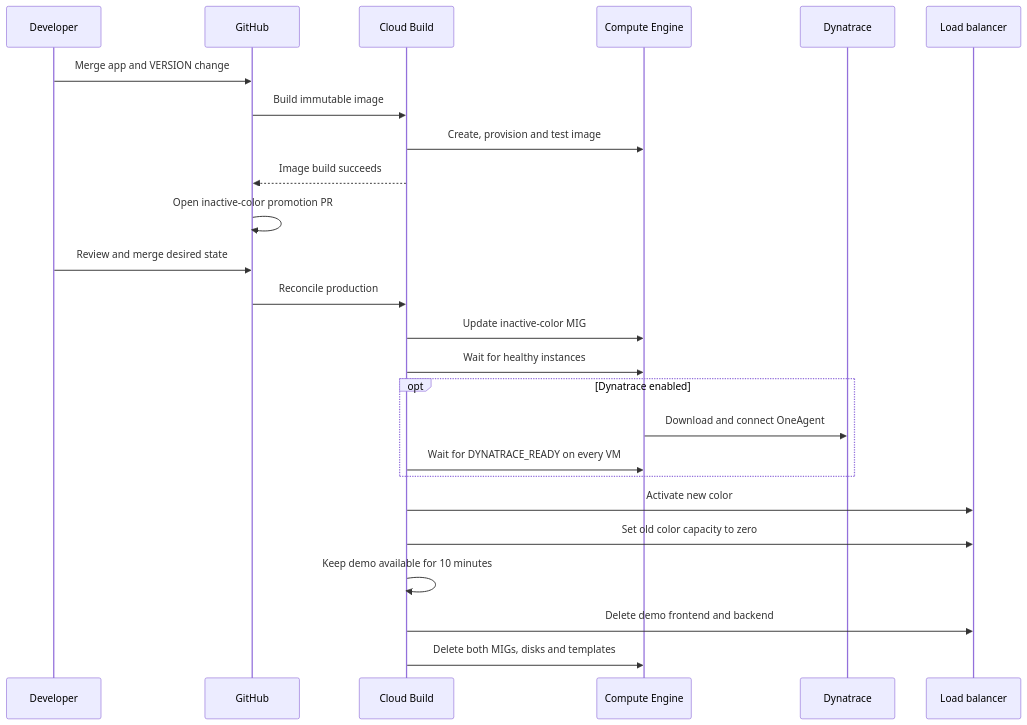
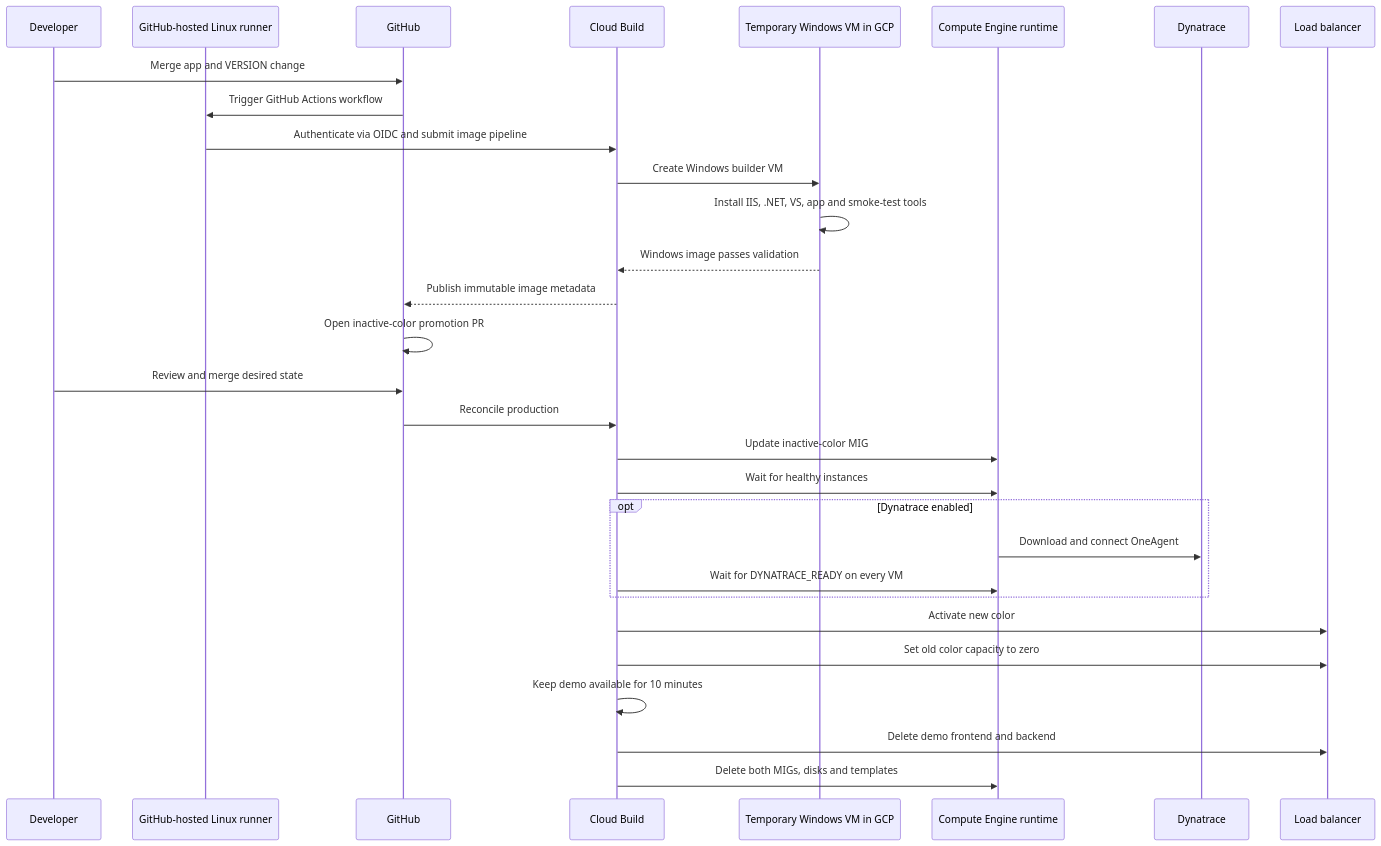
The diagram in docs/architecture.md (Deck-J/GCP_Windows_GitOps_Demo), drawn with Mermaid before and after one commit. The commit also changed other lines of this file and 22 other files, not shown here.

````diff
--- a/docs/architecture.md
+++ b/docs/architecture.md
@@ -5,28 +5,33 @@
 ```mermaid
 sequenceDiagram
     participant Dev as Developer
+    participant GH as GitHub-hosted Linux runner
     participant Git as GitHub
     participant Build as Cloud Build
-    participant GCE as Compute Engine
+    participant Win as Temporary Windows VM in GCP
+    participant GCE as Compute Engine runtime
     participant DT as Dynatrace
     participant LB as Load balancer
 
     Dev->>Git: Merge app and VERSION change
-    Git->>Build: Build immutable image
-    Build->>GCE: Create, provision and test image
-    Build-->>Git: Image build succeeds
+    Git->>GH: Trigger GitHub Actions workflow
+    GH->>Build: Authenticate via OIDC and submit image pipeline
+    Build->>Win: Create Windows builder VM
+    Win->>Win: Install IIS, .NET, VS, app and smoke-test tools
+    Win-->>Build: Windows image passes validation
+    Build-->>Git: Publish immutable image metadata
     Git->>Git: Open inactive-color promotion PR
     Dev->>Git: Review and merge desired state
     Git->>Build: Reconcile production
     Build->>GCE: Update inactive-color MIG
     Build->>GCE: Wait for healthy instances
     opt Dynatrace enabled
         GCE->>DT: Download and connect OneAgent
         Build->>GCE: Wait for DYNATRACE_READY on every VM
     end
     Build->>LB: Activate new color
     Build->>LB: Set old color capacity to zero
     Build->>Build: Keep demo available for 10 minutes
     Build->>LB: Delete demo frontend and backend
     Build->>GCE: Delete both MIGs, disks and templates
 ```
````
